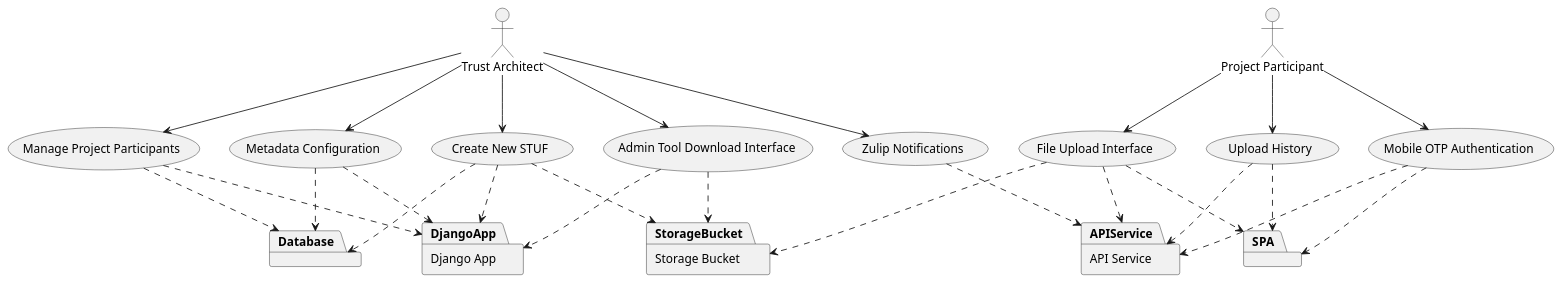
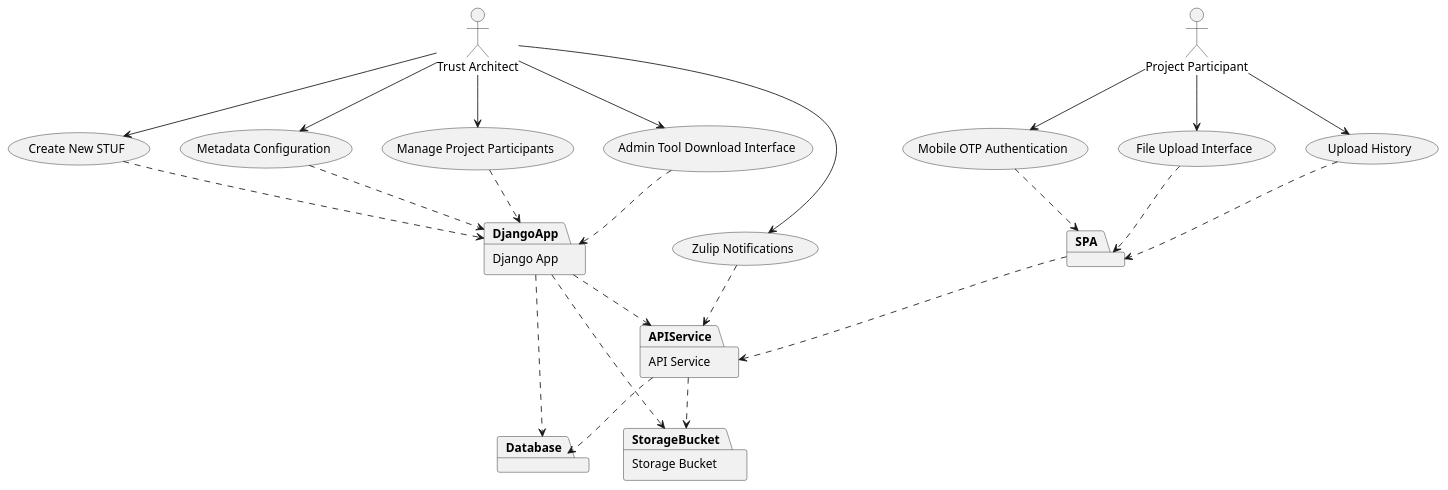
The diagram in docs/img/stuf_use_case_diagram.puml (pyx-industries/stuf), drawn with PlantUML before and after one commit.

Commit message:
docs: fix dependency arrows in use case diagram

```diff
--- a/docs/img/stuf_use_case_diagram.puml
+++ b/docs/img/stuf_use_case_diagram.puml
@@ -1,70 +1,64 @@
 @startuml stuf_use_case_diagram
 
 ' Actors
 actor "Trust Architect" as TA
 actor "Project Participant" as PP
 
 ' Components as subsystems
 package "Django App" as DjangoApp {
 }
 
 package "API Service" as APIService {
 }
 
 package "SPA" as SPA {
 }
 
 package "Storage Bucket" as StorageBucket {
 }
 
 package "Database" as Database {
 }
 
 ' Use cases - one per epic
 usecase "Create New STUF" as UC1
 usecase "Mobile OTP Authentication" as UC2
 usecase "Metadata Configuration" as UC3
 usecase "File Upload Interface" as UC4
 usecase "Manage Project Participants" as UC5
 usecase "Admin Tool Download Interface" as UC6
 usecase "Upload History" as UC7
 usecase "Zulip Notifications" as UC8
 
 ' Relationships between actors and use cases
 TA --> UC1
 TA --> UC3
 TA --> UC5
 TA --> UC6
 TA --> UC8
 
 PP --> UC2
 PP --> UC4
 PP --> UC7
 
 ' Component interactions
 UC1 ..> DjangoApp
-UC1 ..> Database
-UC1 ..> StorageBucket
+UC3 ..> DjangoApp
+UC5 ..> DjangoApp
+UC6 ..> DjangoApp
 
 UC2 ..> SPA
-UC2 ..> APIService
-
-UC3 ..> DjangoApp
-UC3 ..> Database
-
 UC4 ..> SPA
-UC4 ..> APIService
-UC4 ..> StorageBucket
-
-UC5 ..> DjangoApp
-UC5 ..> Database
-
-UC6 ..> DjangoApp
-UC6 ..> StorageBucket
-
 UC7 ..> SPA
-UC7 ..> APIService
-
 UC8 ..> APIService
 
+' Component dependencies
+DjangoApp ..> Database
+DjangoApp ..> StorageBucket
+DjangoApp ..> APIService
+
+SPA ..> APIService
+APIService ..> StorageBucket
+APIService ..> Database
+
 @enduml
```
